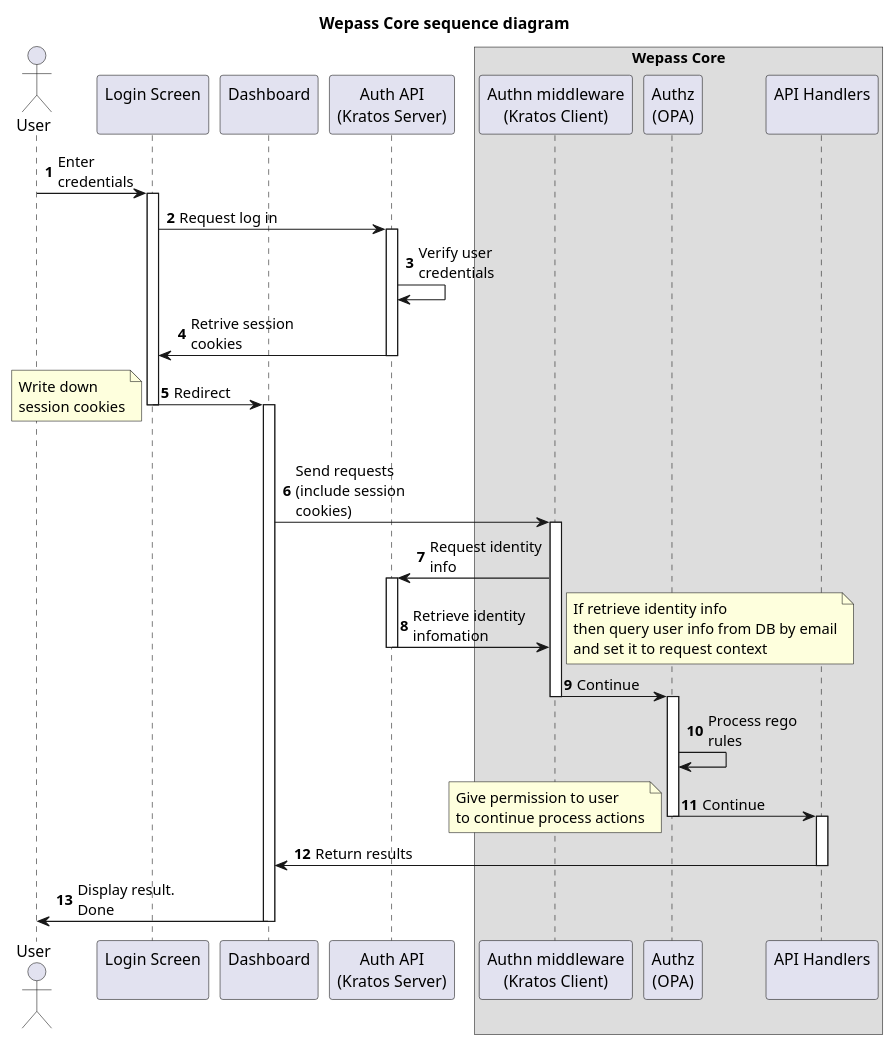
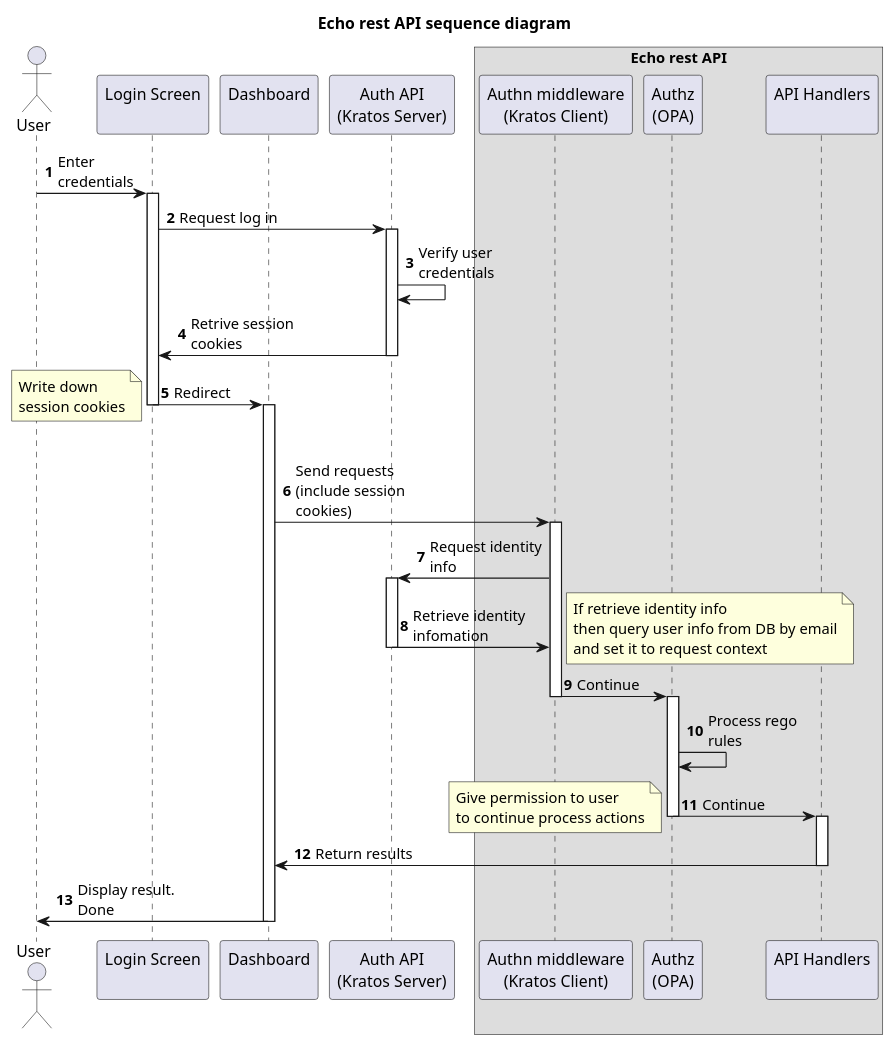
The diagram in docs/diagrams/overview.puml (dzungtran/echo-rest-api), drawn with PlantUML before and after one commit. The commit also changed 3 other files, not shown here.

Commit message:
update request flow sequence diagram

```diff
--- a/docs/diagrams/overview.puml
+++ b/docs/diagrams/overview.puml
@@ -1,52 +1,52 @@
 @startuml request_flow
-title Wepass Core sequence diagram
+title Echo rest API sequence diagram
 
 autonumber
 skinparam maxMessageSize 100
 
 actor "User" as user
 participant "Login Screen\n" as login_scr
 participant "Dashboard\n" as dashboard
 participant "Auth API\n(Kratos Server)" as authn_api
 
-box "Wepass Core"
+box "Echo rest API"
 participant "Authn middleware\n(Kratos Client)" as authn_midd
 participant "Authz\n(OPA)" as authz_opa
 participant "API Handlers\n" as api_handlers
 end box
 
 user -> login_scr : Enter credentials
 activate login_scr
 login_scr -> authn_api : Request log in
 activate authn_api
 authn_api -> authn_api : Verify user credentials
 authn_api -> login_scr : Retrive session cookies
 deactivate authn_api
 login_scr -> dashboard : Redirect
 note left: Write down \nsession cookies
 deactivate login_scr
 activate dashboard
 
 |||
 dashboard -> authn_midd: Send requests (include session cookies)
 activate authn_midd
 authn_midd -> authn_api: Request identity info
 activate authn_api
 authn_api -> authn_midd: Retrieve identity infomation
 deactivate authn_api
 note right: If retrieve identity info \nthen query user info from DB by email\nand set it to request context
 authn_midd -> authz_opa: Continue
 deactivate authn_midd
 activate authz_opa
 authz_opa -> authz_opa: Process rego rules
 authz_opa -> api_handlers: Continue
 note left: Give permission to user\nto continue process actions 
 deactivate authz_opa
 activate api_handlers
 
 api_handlers -> dashboard : Return results
 deactivate api_handlers
 dashboard -> user : Display result. Done
 deactivate dashboard
 
 @enduml
```
